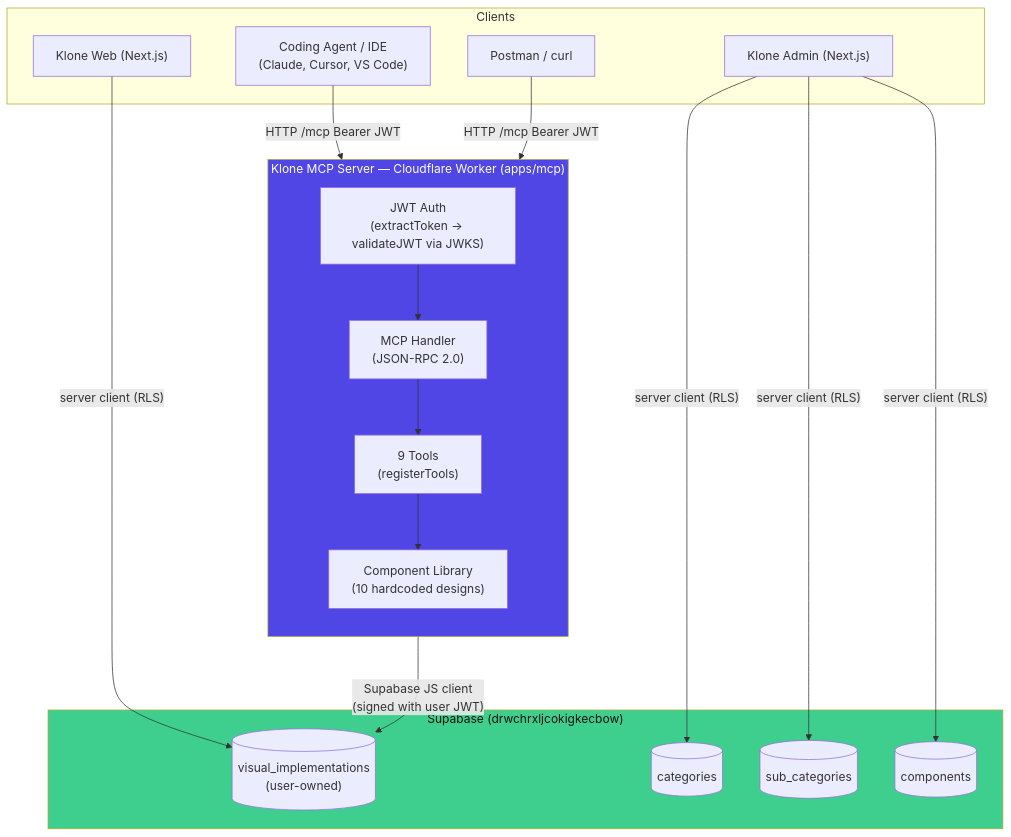
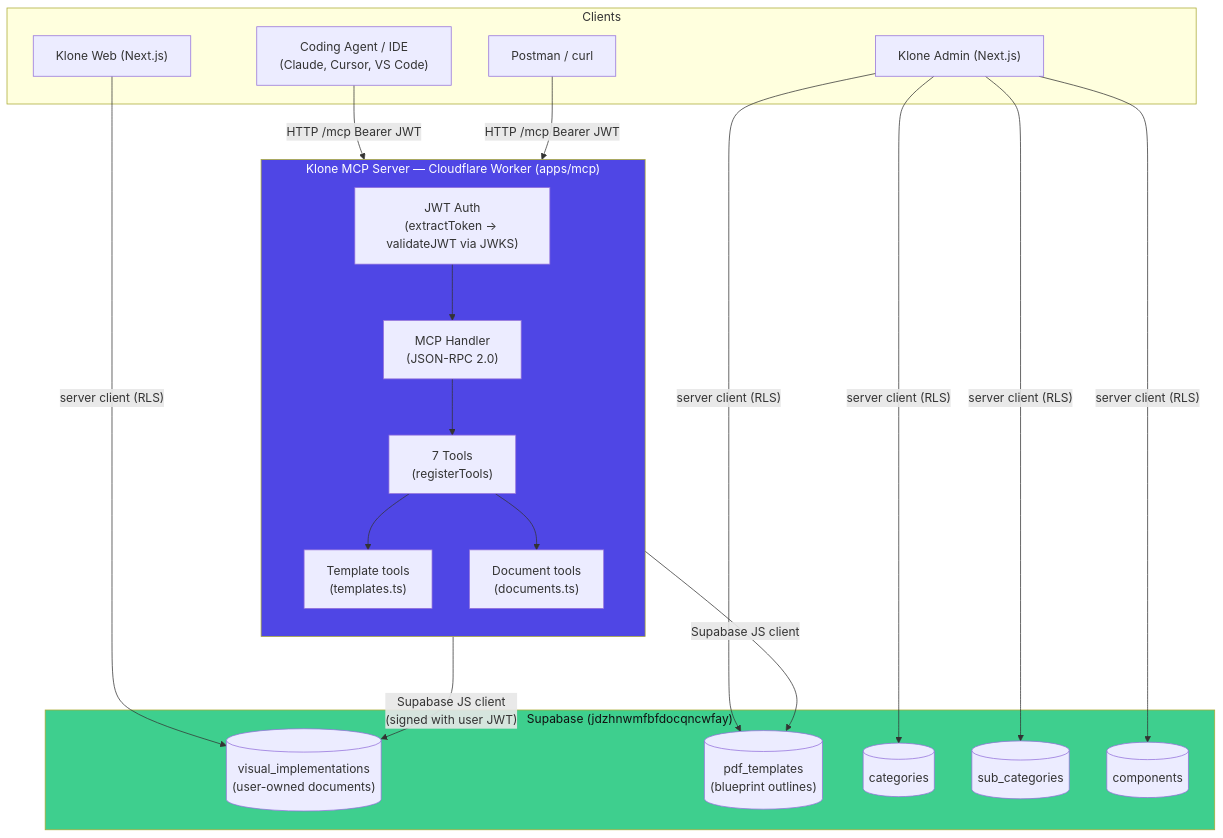
One commit to iillcode/klone changed the first of 7 diagrams in README.md. Above: the diagram before and after it, drawn with Mermaid. The commit also changed other lines of this file and 55 other files, not shown here.

````diff
--- a/README.md
+++ b/README.md
@@ -52,37 +52,42 @@
 ```mermaid
 flowchart TB
     subgraph Clients["Clients"]
         IDE["Coding Agent / IDE\n(Claude, Cursor, VS Code)"]
         POSTMAN["Postman / curl"]
         WEB["Klone Web (Next.js)"]
         ADMIN["Klone Admin (Next.js)"]
     end
 
     subgraph MCP["Klone MCP Server — Cloudflare Worker (apps/mcp)"]
         direction TB
         AUTH["JWT Auth\n(extractToken → validateJWT via JWKS)"]
         H["MCP Handler\n(JSON-RPC 2.0)"]
-        T["9 Tools\n(registerTools)"]
-        LIB["Component Library\n(10 hardcoded designs)"]
+        T["7 Tools\n(registerTools)"]
+        TPL["Template tools\n(templates.ts)"]
+        DOC["Document tools\n(documents.ts)"]
         AUTH --> H --> T
-        T --> LIB
+        T --> TPL
+        T --> DOC
     end
 
-    subgraph DB["Supabase (drwchrxljcokigkecbow)"]
-        VI[("visual_implementations\n(user-owned)")]
+    subgraph DB["Supabase (jdzhnwmfbfdocqncwfay)"]
+        VI[("visual_implementations\n(user-owned documents)")]
+        PT[("pdf_templates\n(blueprint outlines)")]
         CAT[("categories")]
         SC[("sub_categories")]
         COMP[("components")]
     end
 
     IDE -->|"HTTP /mcp  Bearer JWT"| AUTH
     POSTMAN -->|"HTTP /mcp  Bearer JWT"| AUTH
     MCP -->|"Supabase JS client\n(signed with user JWT)"| VI
+    MCP -->|"Supabase JS client"| PT
     ADMIN -->|"server client (RLS)"| CAT
     ADMIN -->|"server client (RLS)"| SC
     ADMIN -->|"server client (RLS)"| COMP
+    ADMIN -->|"server client (RLS)"| PT
     WEB -->|"server client (RLS)"| VI
 
     style MCP fill:#4f46e5,color:#fff
     style DB fill:#3ecf8e,color:#111
 ```
````
